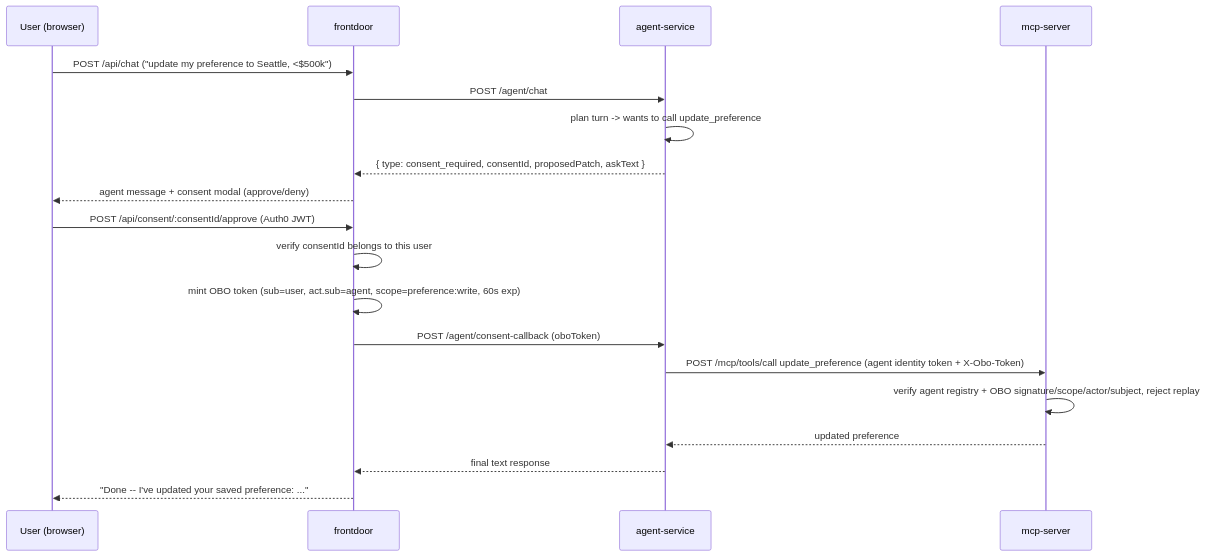
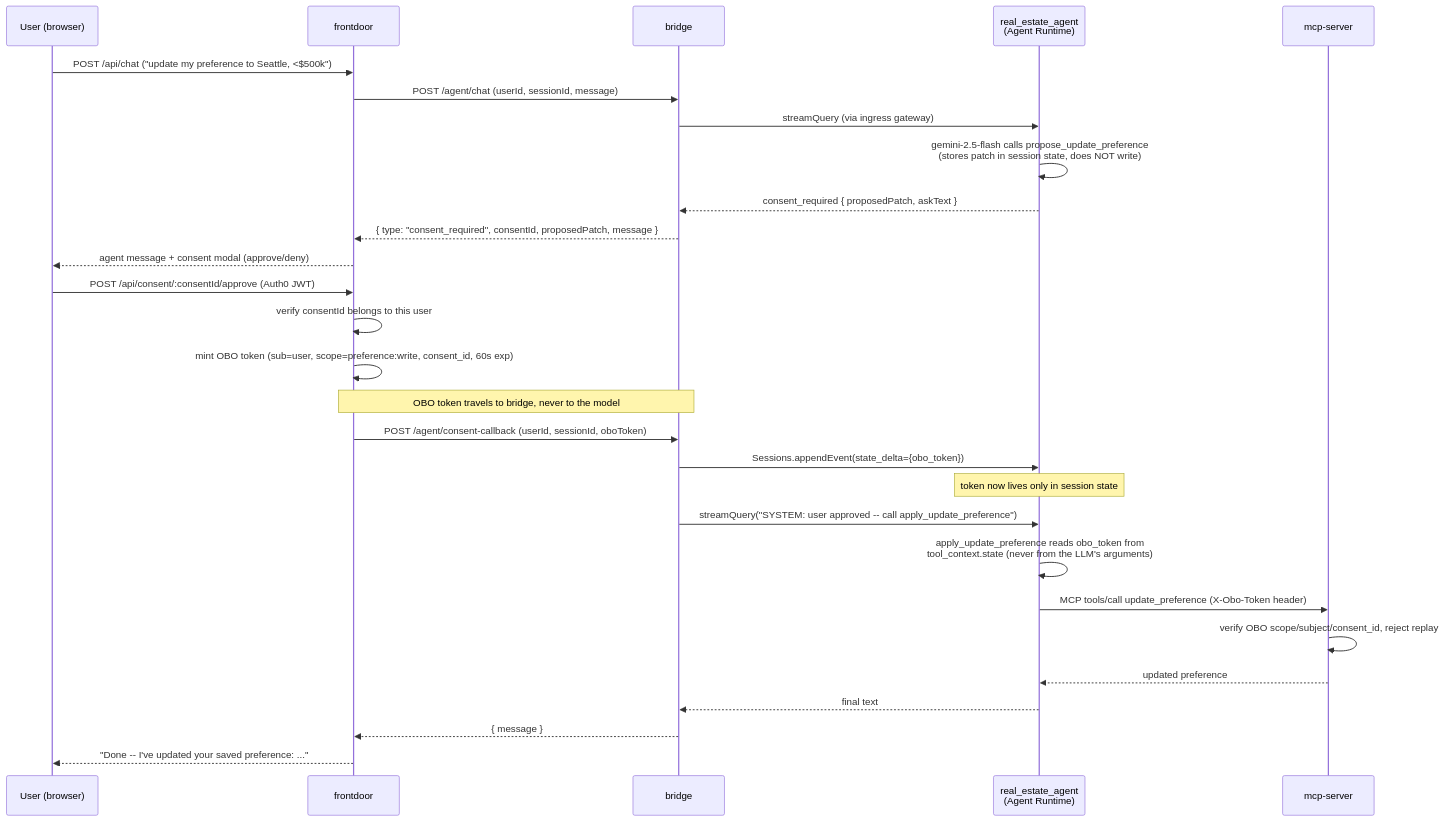
The third of 4 diagrams in gemini-agent-poc/docs/architecture.md (c2pig/cross-cloud-agent-identity), drawn with Mermaid before and after one commit. The commit also changed other lines of this file and 26 other files, not shown here.

First line of the commit message:
Migrate gemini-agent-poc to real Gemini Enterprise Agent Platform primitives

````diff
--- a/gemini-agent-poc/docs/architecture.md
+++ b/gemini-agent-poc/docs/architecture.md
@@ -53,22 +124,32 @@
 ```mermaid
 sequenceDiagram
     participant U as User (browser)
     participant F as frontdoor
-    participant A as agent-service
+    participant B as bridge
+    participant A as real_estate_agent<br/>(Agent Runtime)
     participant M as mcp-server
 
     U->>F: POST /api/chat ("update my preference to Seattle, <$500k")
-    F->>A: POST /agent/chat
-    A->>A: plan turn -> wants to call update_preference
-    A-->>F: { type: consent_required, consentId, proposedPatch, askText }
+    F->>B: POST /agent/chat (userId, sessionId, message)
+    B->>A: streamQuery (via ingress gateway)
+    A->>A: gemini-2.5-flash calls propose_update_preference<br/>(stores patch in session state, does NOT write)
+    A-->>B: consent_required { proposedPatch, askText }
+    B-->>F: { type: "consent_required", consentId, proposedPatch, message }
     F-->>U: agent message + consent modal (approve/deny)
+
     U->>F: POST /api/consent/:consentId/approve (Auth0 JWT)
     F->>F: verify consentId belongs to this user
-    F->>F: mint OBO token (sub=user, act.sub=agent, scope=preference:write, 60s exp)
-    F->>A: POST /agent/consent-callback (oboToken)
-    A->>M: POST /mcp/tools/call update_preference (agent identity token + X-Obo-Token)
-    M->>M: verify agent registry + OBO signature/scope/actor/subject, reject replay
+    F->>F: mint OBO token (sub=user, scope=preference:write, consent_id, 60s exp)
+    Note over F,B: OBO token travels to bridge, never to the model
+    F->>B: POST /agent/consent-callback (userId, sessionId, oboToken)
+    B->>A: Sessions.appendEvent(state_delta={obo_token})
+    Note over A: token now lives only in session state
+    B->>A: streamQuery("SYSTEM: user approved -- call apply_update_preference")
+    A->>A: apply_update_preference reads obo_token from<br/>tool_context.state (never from the LLM's arguments)
+    A->>M: MCP tools/call update_preference (X-Obo-Token header)
+    M->>M: verify OBO scope/subject/consent_id, reject replay
     M-->>A: updated preference
-    A-->>F: final text response
+    A-->>B: final text
+    B-->>F: { message }
     F-->>U: "Done -- I've updated your saved preference: ..."
 ```
````
